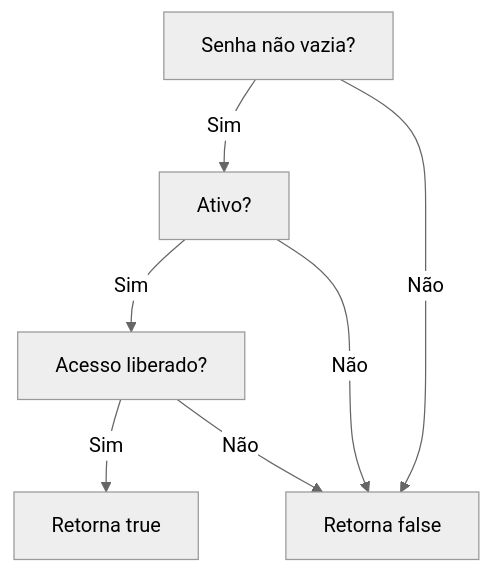
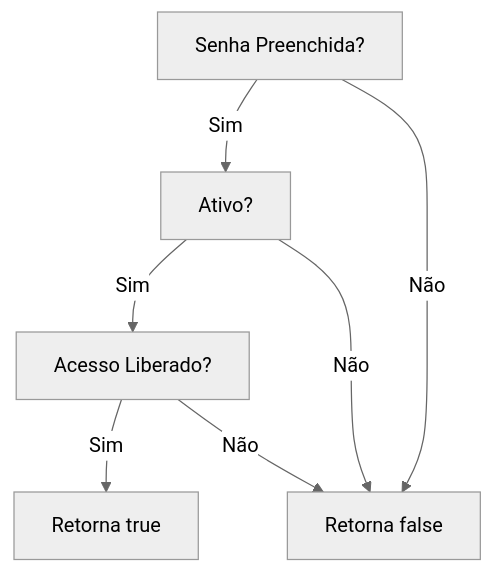
Before and after one commit to IsthmusSistemas/documentacao-tecnica: the first of 2 diagrams in docs/b2b-dominio/IsthmusWinthor.Nucleo/IsthmusWinthor.Dominio/Entidades/Vendedor.md, drawn with Mermaid (neutral theme). The commit also changed other lines of this file and 882 other files, not shown here.

````diff
--- a/docs/b2b-dominio/IsthmusWinthor.Nucleo/IsthmusWinthor.Dominio/Entidades/Vendedor.md
+++ b/docs/b2b-dominio/IsthmusWinthor.Nucleo/IsthmusWinthor.Dominio/Entidades/Vendedor.md
@@ -14,9 +17,9 @@
 ```mermaid
 flowchart TD
-    A[Senha não vazia?] -->|Sim| B[Ativo?]
+    A[Senha Preenchida?] -->|Sim| B[Ativo?]
     A -->|Não| C[Retorna false]
-    B -->|Sim| D[Acesso liberado?]
+    B -->|Sim| D[Acesso Liberado?]
     B -->|Não| C
     D -->|Sim| E[Retorna true]
     D -->|Não| C
 ```
````
